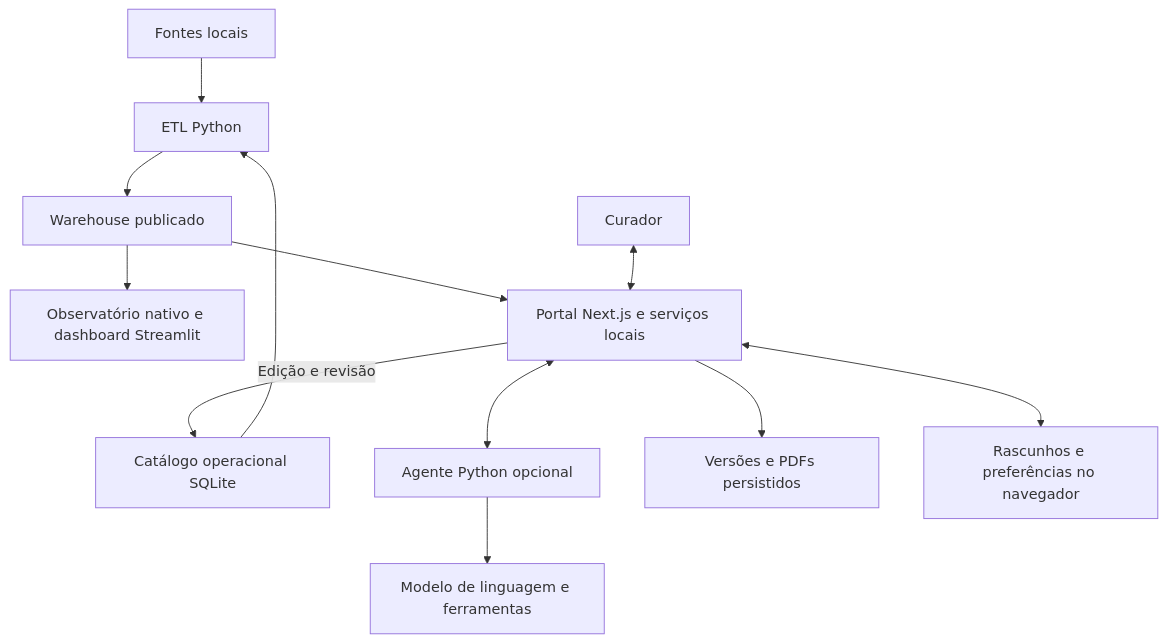
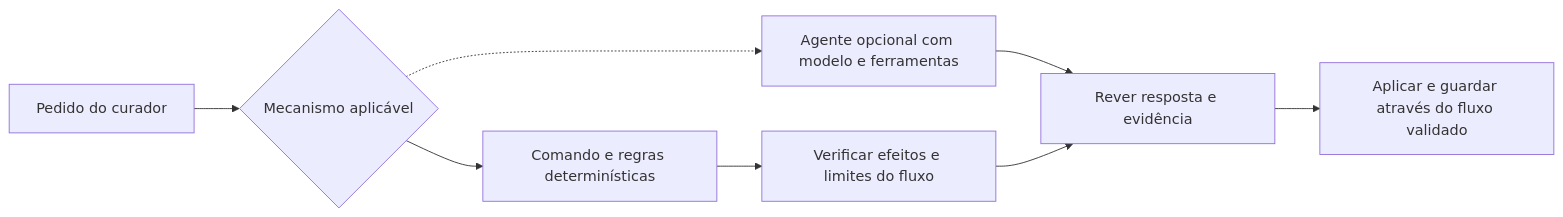
Before and after one commit to iseg-pg-ai/gpaimlp_5ed_grupo4: the fourth of 4 diagrams in docs/APRESENTACAO.md, drawn with Mermaid. The commit also changed other lines of this file and 1 other file, not shown here.

````diff
--- a/docs/APRESENTACAO.md
+++ b/docs/APRESENTACAO.md
@@ -252,14 +191,10 @@
 ```mermaid
-flowchart TB
-    S[Fontes locais] --> ETL[ETL Python]
-    CAT[Catálogo operacional SQLite] --> ETL
-    ETL --> W[Warehouse publicado]
-    W --> OBS[Observatório nativo e dashboard Streamlit]
-    W --> PORTAL[Portal Next.js e serviços locais]
-    PORTAL -->|Edição e revisão| CAT
-    CUR[Curador] <--> PORTAL
-    PORTAL <--> AG[Agente Python opcional]
-    AG --> LLM[Modelo de linguagem e ferramentas]
-    PORTAL --> V[Versões e PDFs persistidos]
-    PORTAL <--> LOCAL[Rascunhos e preferências no navegador]
+flowchart LR
+    U[Pedido do curador] --> D{Mecanismo aplicável}
+    D --> R[Comando e regras determinísticas]
+    D -.-> A[Agente opcional com modelo e ferramentas]
+    R --> C[Verificar efeitos e limites do fluxo]
+    A --> H[Rever resposta e evidência]
+    C --> H
+    H --> V[Aplicar e guardar através do fluxo validado]
 ```
````
